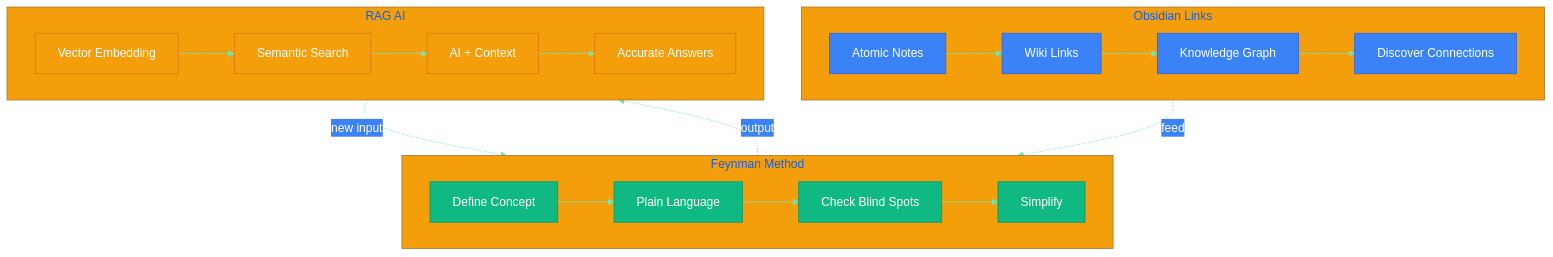
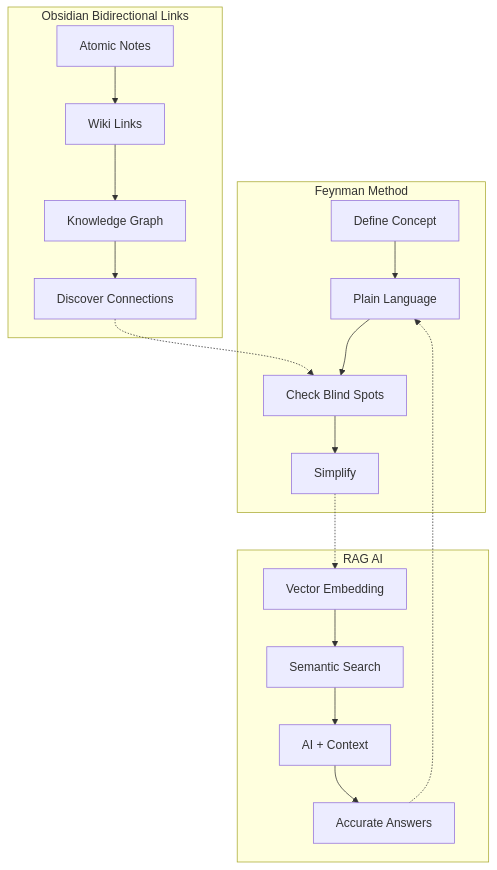
One commit to 3229218431/FeynFlow changed the seventh of 8 diagrams in README.md. Above: the diagram before and after it, drawn with Mermaid. The commit also changed other lines of this file, not shown here.

Commit message:
Simplify all chart colors: remove init styling, remove classDef, remove subgraphs, remove color legend. Clean readable default Mermaid themes.

````diff
--- a/README.md
+++ b/README.md
@@ -376,29 +328,21 @@
 ```mermaid
-%%{init: {'theme':'base','themeVariables': {'primaryColor': '#10B981','primaryTextColor': '#fff','lineColor': '#6EE7B7','secondaryColor': '#3B82F6','tertiaryColor': '#F59E0B'}}}%%
 flowchart TD
-    subgraph FeynmanMethod[Feynman Method]
-        direction LR
-        A1[Define Concept]:::feyn --> A2[Plain Language]:::feyn
-        A2 --> A3[Check Blind Spots]:::feyn
-        A3 --> A4[Simplify]:::feyn
+    subgraph Feynman[Feynman Method]
+        A1[Define Concept] --> A2[Plain Language]
+        A2 --> A3[Check Blind Spots]
+        A3 --> A4[Simplify]
     end
-    subgraph Obsidian[Obsidian Links]
-        direction LR
-        B1[Atomic Notes]:::obs --> B2[Wiki Links]:::obs
-        B2 --> B3[Knowledge Graph]:::obs
-        B3 --> B4[Discover Connections]:::obs
+    subgraph Obsidian[Obsidian Bidirectional Links]
+        B1[Atomic Notes] --> B2[Wiki Links]
+        B2 --> B3[Knowledge Graph]
+        B3 --> B4[Discover Connections]
     end
     subgraph RAG[RAG AI]
-        direction LR
-        C1[Vector Embedding]:::rag --> C2[Semantic Search]:::rag
-        C2 --> C3[AI + Context]:::rag
-        C3 --> C4[Accurate Answers]:::rag
+        C1[Vector Embedding] --> C2[Semantic Search]
+        C2 --> C3[AI + Context]
+        C3 --> C4[Accurate Answers]
     end
-    A4 -.->|output| C1
-    B4 -.->|feed| A3
-    C4 -.->|new input| A2
-    
-    classDef feyn fill:#10B981,stroke:#059669,color:#fff
-    classDef obs fill:#3B82F6,stroke:#2563EB,color:#fff
-    classDef rag fill:#F59E0B,stroke:#D97706,color:#fff
+    A4 -.-> C1
+    B4 -.-> A3
+    C4 -.-> A2
 ```
````
